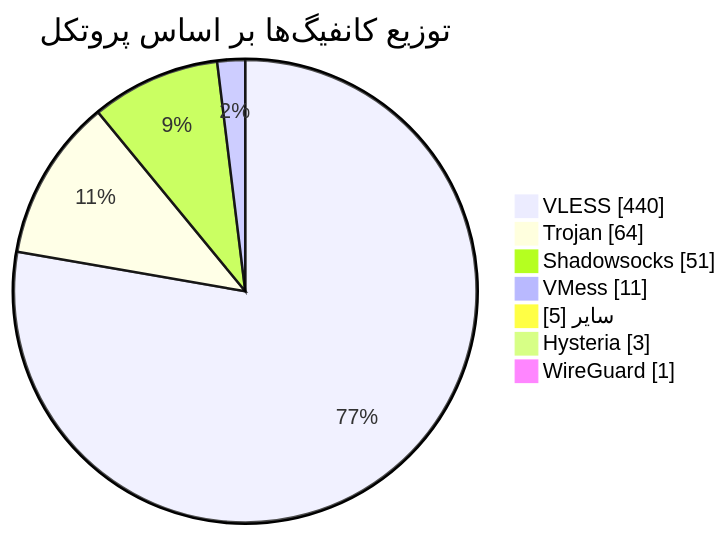
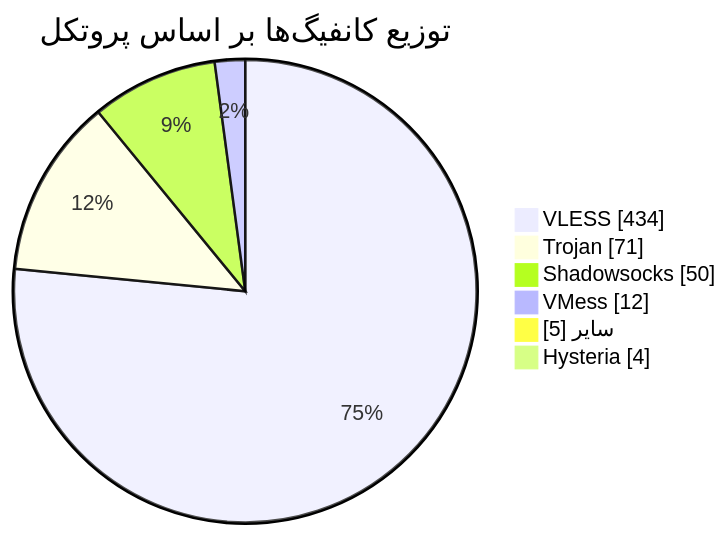
Before and after one commit to Arian-Alijani/Somthing: the diagram in README.md, drawn with Mermaid. The commit also changed other lines of this file and 19 other files, not shown here.

````diff
--- a/README.md
+++ b/README.md
@@ -49,11 +48,10 @@
 ```mermaid
 pie showData
     title توزیع کانفیگ‌ها بر اساس پروتکل
-    "VLESS" : 440
-    "Trojan" : 64
-    "Shadowsocks" : 51
-    "VMess" : 11
+    "VLESS" : 434
+    "Trojan" : 71
+    "Shadowsocks" : 50
+    "VMess" : 12
     "سایر" : 5
-    "Hysteria" : 3
-    "WireGuard" : 1
+    "Hysteria" : 4
 ```
````
